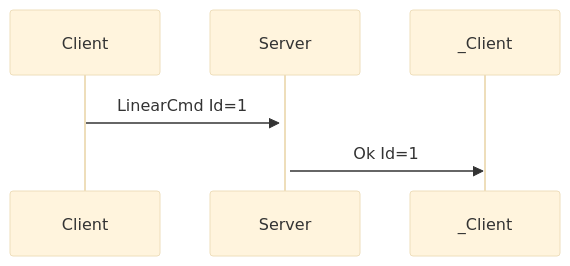
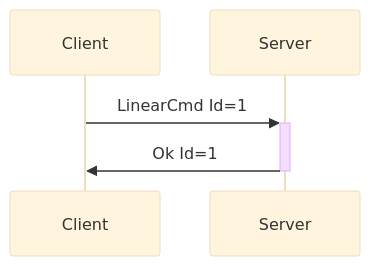
One commit to buttplugio/buttplug changed the sixth of 7 diagrams in spec/protocol-spec/generic.md. Above: the diagram before and after it, drawn with Mermaid (base theme). The commit also changed other lines of this file and 3 other files, not shown here.

````diff
--- a/spec/protocol-spec/generic.md
+++ b/spec/protocol-spec/generic.md
@@ -239,5 +242,5 @@
 ```mermaid
 sequenceDiagram
     Client->>+Server: LinearCmd Id=1
-    Server->>_Client: Ok Id=1
+    Server->>-Client: Ok Id=1
 ```
````
